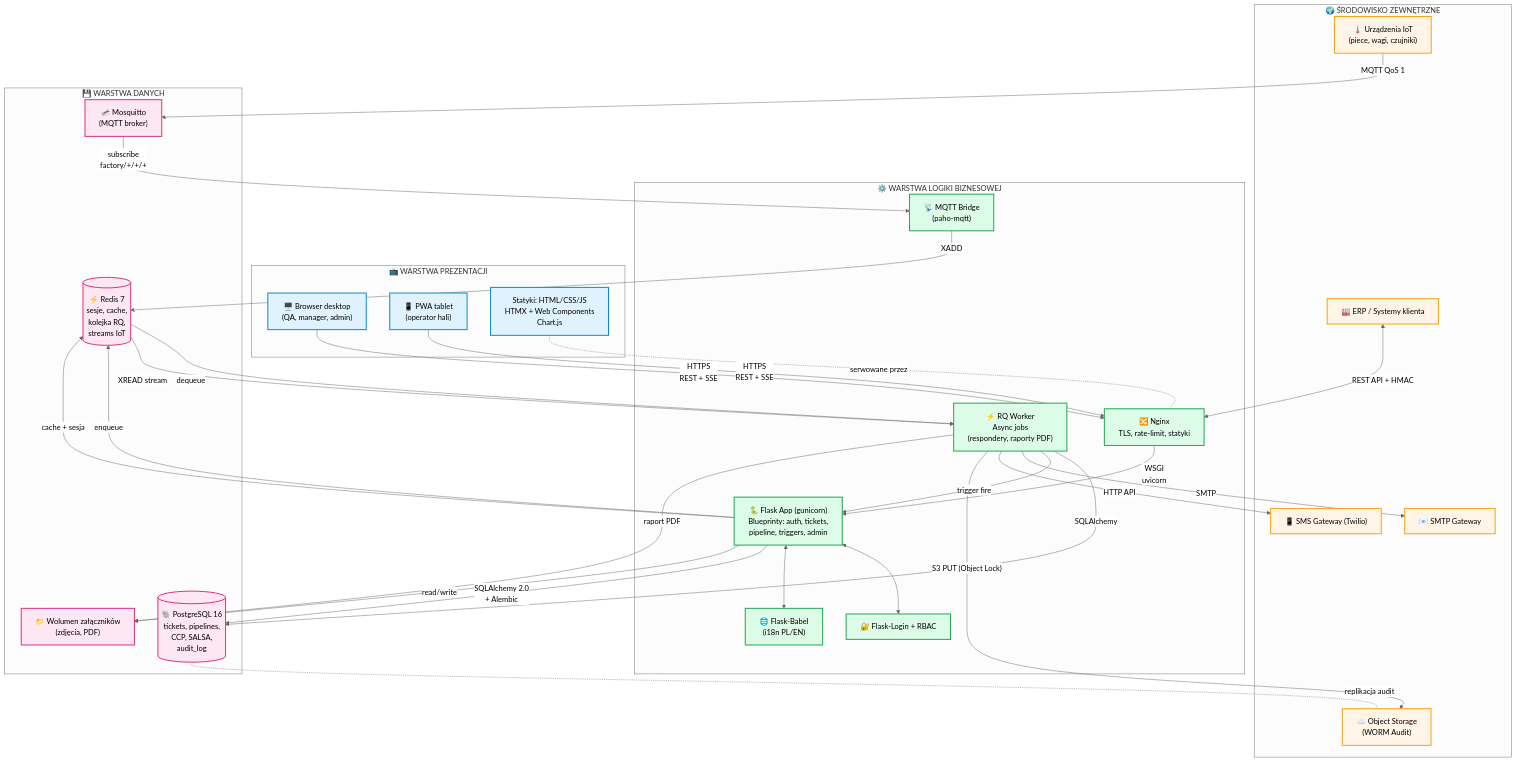
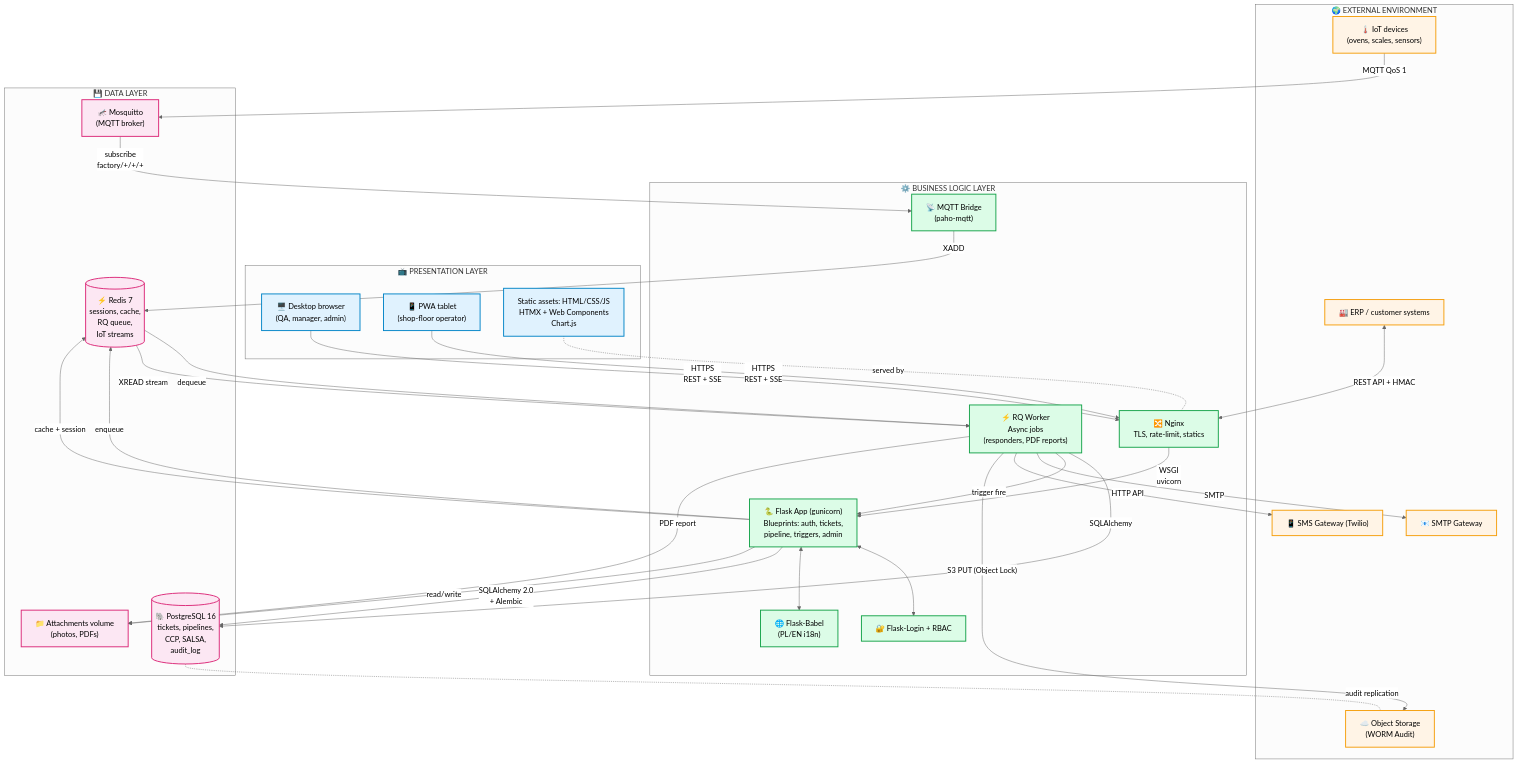
Before and after one commit to AmigoUK/qms-bakery: the first of 10 diagrams in 02-diagramy-architektury.md, drawn with Mermaid (neutral theme). The commit also changed other lines of this file and 1 other file, not shown here.

First line of the commit message:
Translate architecture docs (01-, 02-) from Polish to English

````diff
--- a/02-diagramy-architektury.md
+++ b/02-diagramy-architektury.md
@@ -25,70 +25,70 @@
 ```mermaid
 graph TB
-    subgraph EXT["🌍 ŚRODOWISKO ZEWNĘTRZNE"]
-        IOT["🌡️ Urządzenia IoT<br/>(piece, wagi, czujniki)"]
-        ERP["🏭 ERP / Systemy klienta"]
+    subgraph EXT["🌍 EXTERNAL ENVIRONMENT"]
+        IOT["🌡️ IoT devices<br/>(ovens, scales, sensors)"]
+        ERP["🏭 ERP / customer systems"]
         EMAIL["📧 SMTP Gateway"]
         SMS["📱 SMS Gateway (Twilio)"]
         S3["☁️ Object Storage<br/>(WORM Audit)"]
     end
 
-    subgraph PRES["📺 WARSTWA PREZENTACJI"]
-        BROWSER["🖥️ Browser desktop<br/>(QA, manager, admin)"]
-        PWA["📱 PWA tablet<br/>(operator hali)"]
-        STATIC["Statyki: HTML/CSS/JS<br/>HTMX + Web Components<br/>Chart.js"]
+    subgraph PRES["📺 PRESENTATION LAYER"]
+        BROWSER["🖥️ Desktop browser<br/>(QA, manager, admin)"]
+        PWA["📱 PWA tablet<br/>(shop-floor operator)"]
+        STATIC["Static assets: HTML/CSS/JS<br/>HTMX + Web Components<br/>Chart.js"]
     end
 
-    subgraph BIZ["⚙️ WARSTWA LOGIKI BIZNESOWEJ"]
-        NGINX["🔀 Nginx<br/>TLS, rate-limit, statyki"]
-        FLASK["🐍 Flask App (gunicorn)<br/>Blueprinty: auth, tickets,<br/>pipeline, triggers, admin"]
-        WORKER["⚡ RQ Worker<br/>Async jobs<br/>(respondery, raporty PDF)"]
+    subgraph BIZ["⚙️ BUSINESS LOGIC LAYER"]
+        NGINX["🔀 Nginx<br/>TLS, rate-limit, statics"]
+        FLASK["🐍 Flask App (gunicorn)<br/>Blueprints: auth, tickets,<br/>pipeline, triggers, admin"]
+        WORKER["⚡ RQ Worker<br/>Async jobs<br/>(responders, PDF reports)"]
         MQTTBR["📡 MQTT Bridge<br/>(paho-mqtt)"]
-        BABEL["🌐 Flask-Babel<br/>(i18n PL/EN)"]
+        BABEL["🌐 Flask-Babel<br/>(PL/EN i18n)"]
         AUTH["🔐 Flask-Login + RBAC"]
     end
 
-    subgraph DATA["💾 WARSTWA DANYCH"]
+    subgraph DATA["💾 DATA LAYER"]
         PG[("🐘 PostgreSQL 16<br/>tickets, pipelines,<br/>CCP, SALSA,<br/>audit_log")]
-        REDIS[("⚡ Redis 7<br/>sesje, cache,<br/>kolejka RQ,<br/>streams IoT")]
+        REDIS[("⚡ Redis 7<br/>sessions, cache,<br/>RQ queue,<br/>IoT streams")]
         MOSQ["🦟 Mosquitto<br/>(MQTT broker)"]
-        FILES["📁 Wolumen załączników<br/>(zdjęcia, PDF)"]
+        FILES["📁 Attachments volume<br/>(photos, PDFs)"]
     end
 
     BROWSER -->|HTTPS<br/>REST + SSE| NGINX
     PWA -->|HTTPS<br/>REST + SSE| NGINX
-    STATIC -.serwowane przez.- NGINX
+    STATIC -.served by.- NGINX
 
     NGINX -->|WSGI<br/>uvicorn| FLASK
     FLASK <--> AUTH
     FLASK <--> BABEL
     FLASK -->|enqueue| REDIS
     REDIS -->|dequeue| WORKER
     WORKER -->|SQLAlchemy| PG
     FLASK -->|SQLAlchemy 2.0<br/>+ Alembic| PG
-    FLASK -->|cache + sesja| REDIS
+    FLASK -->|cache + session| REDIS
 
     IOT -->|MQTT QoS 1| MOSQ
     MOSQ -->|subscribe<br/>factory/+/+/+| MQTTBR
     MQTTBR -->|XADD| REDIS
     REDIS -->|XREAD stream| WORKER
     WORKER -->|trigger fire| FLASK
 
     ERP <-->|REST API + HMAC| NGINX
     WORKER -->|SMTP| EMAIL
     WORKER -->|HTTP API| SMS
     WORKER -->|"S3 PUT (Object Lock)"| S3
-    PG -.replikacja audit.- S3
+    PG -.audit replication.- S3
 
     FLASK -->|read/write| FILES
-    WORKER -->|raport PDF| FILES
+    WORKER -->|PDF report| FILES
 
     classDef external fill:#fff4e6,stroke:#f59e0b,stroke-width:2px,color:#000
     classDef presentation fill:#e0f2fe,stroke:#0284c7,stroke-width:2px,color:#000
     classDef business fill:#dcfce7,stroke:#16a34a,stroke-width:2px,color:#000
     classDef data fill:#fce7f3,stroke:#db2777,stroke-width:2px,color:#000
 
     class IOT,ERP,EMAIL,SMS,S3 external
     class BROWSER,PWA,STATIC presentation
     class NGINX,FLASK,WORKER,MQTTBR,BABEL,AUTH business
     class PG,REDIS,MOSQ,FILES data
 ```
````
